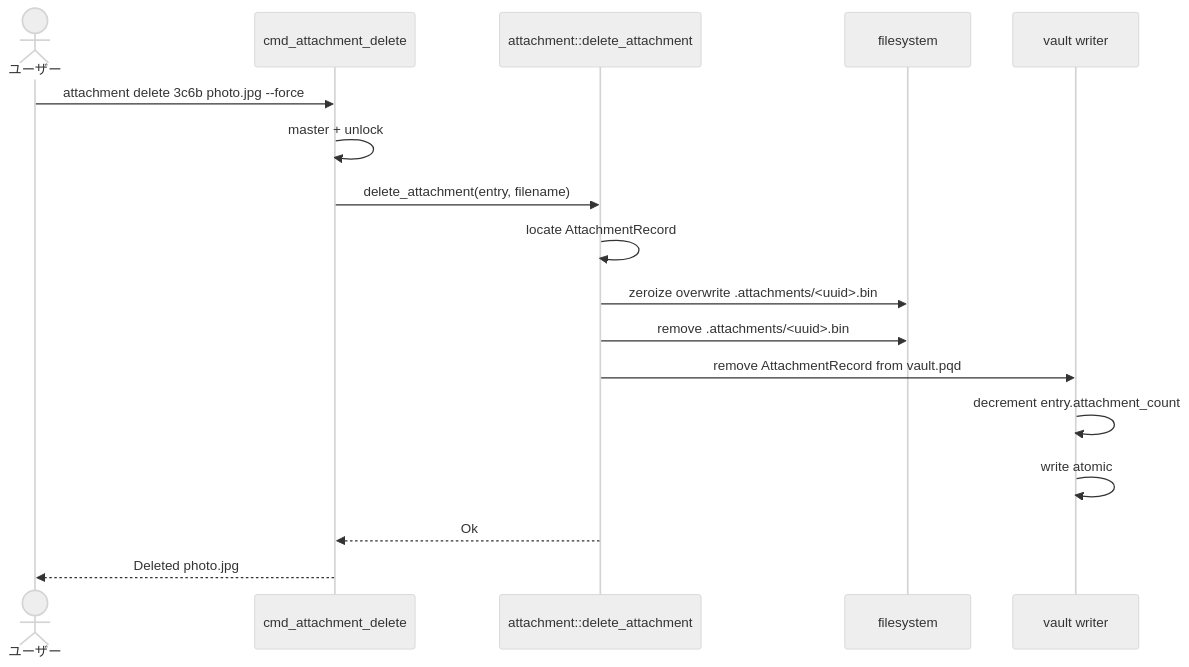
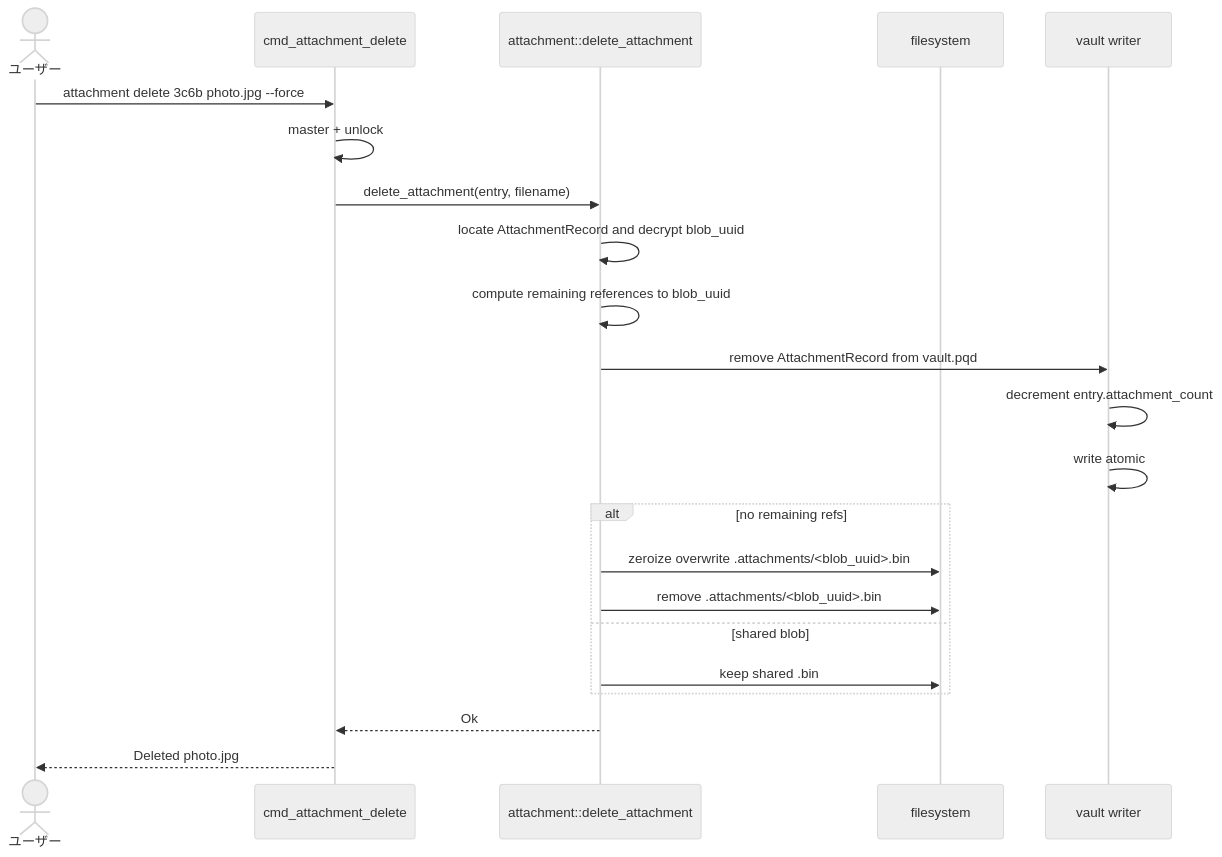
Before and after one commit to sudolifeagain/pq-diary: the fourth of 8 diagrams in docs/design/s13-attachments/dataflow.md, drawn with Mermaid (neutral theme). The commit also changed other lines of this file and 11 other files, not shown here.

````diff
--- a/docs/design/s13-attachments/dataflow.md
+++ b/docs/design/s13-attachments/dataflow.md
@@ -129,20 +134,25 @@
 ```mermaid
 sequenceDiagram
     actor U as ユーザー
     participant CMD as cmd_attachment_delete
     participant ATT as attachment::delete_attachment
     participant FS as filesystem
     participant V as vault writer
 
     U->>CMD: attachment delete 3c6b photo.jpg --force
     CMD->>CMD: master + unlock
     CMD->>ATT: delete_attachment(entry, filename)
-    ATT->>ATT: locate AttachmentRecord
-    ATT->>FS: zeroize overwrite .attachments/<uuid>.bin
-    ATT->>FS: remove .attachments/<uuid>.bin
+    ATT->>ATT: locate AttachmentRecord and decrypt blob_uuid
+    ATT->>ATT: compute remaining references to blob_uuid
     ATT->>V: remove AttachmentRecord from vault.pqd
     V->>V: decrement entry.attachment_count
     V->>V: write atomic
+    alt no remaining refs
+        ATT->>FS: zeroize overwrite .attachments/<blob_uuid>.bin
+        ATT->>FS: remove .attachments/<blob_uuid>.bin
+    else shared blob
+        ATT->>FS: keep shared .bin
+    end
     ATT-->>CMD: Ok
     CMD-->>U: Deleted photo.jpg
 ```
````
